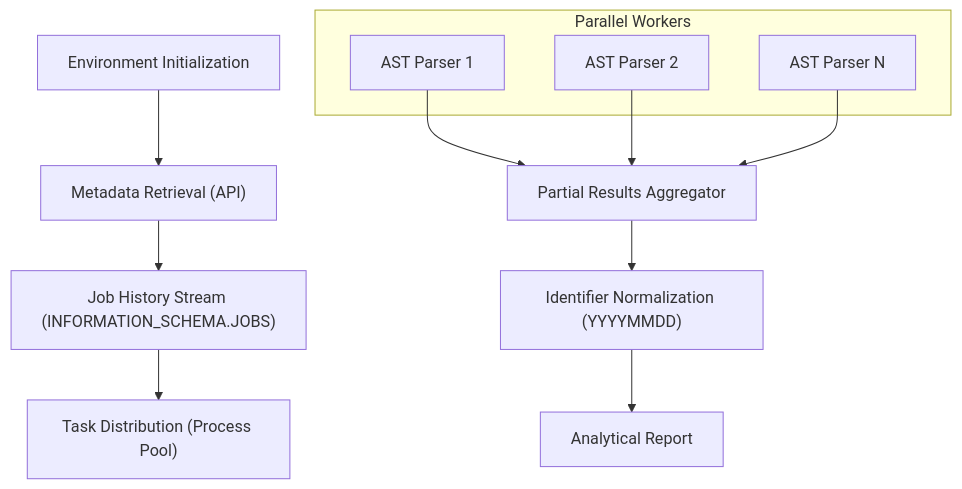
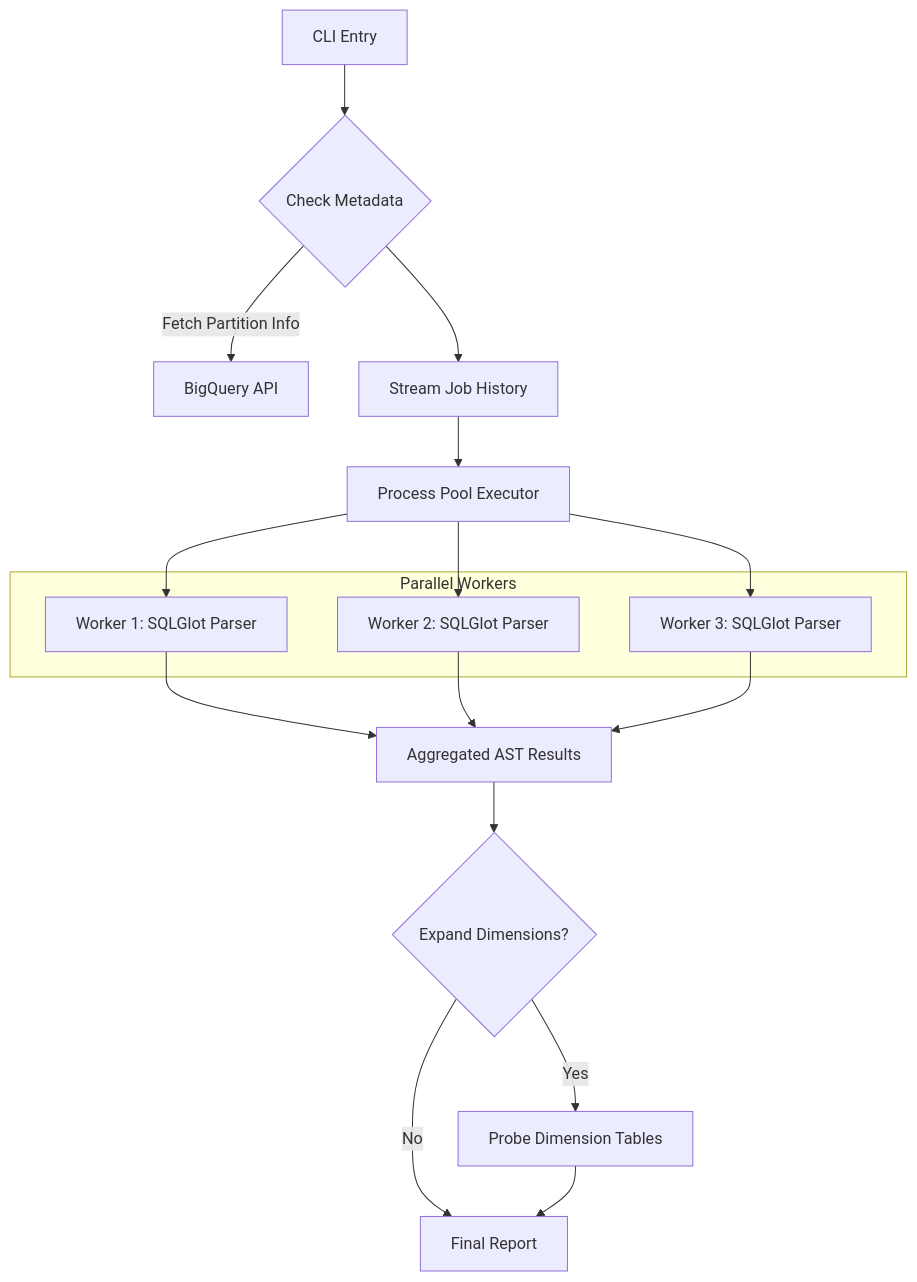
The diagram in README.md (PraveenAkunuru/bigquery_partition_access_auditor), drawn with Mermaid before and after one commit. The commit also changed other lines of this file and 12 other files, not shown here.

````diff
--- a/README.md
+++ b/README.md
@@ -20,19 +25,22 @@
 ```mermaid
 graph TD
-    A["Environment Initialization"] --> B["Metadata Retrieval (API)"]
-    B --> C["Job History Stream (INFORMATION_SCHEMA.JOBS)"]
-    C --> D["Task Distribution (Process Pool)"]
+    A[CLI Entry] --> B{Check Metadata}
+    B -->|Fetch Partition Info| C[BigQuery API]
+    B --> D[Stream Job History]
+    
+    D --> E[Process Pool Executor]
     
     subgraph Parallel Workers
-        D1["AST Parser 1"]
-        D2["AST Parser 2"]
-        Dn["AST Parser N"]
+        E1[Worker 1: SQLGlot Parser]
+        E2[Worker 2: SQLGlot Parser]
+        E3[Worker 3: SQLGlot Parser]
     end
     
-    D1 --> E["Partial Results Aggregator"]
-    D2 --> E
-    Dn --> E
+    E --> E1 & E2 & E3
+    E1 & E2 & E3 --> F[Aggregated AST Results]
     
-    E --> F["Identifier Normalization (YYYYMMDD)"]
-    F --> G["Analytical Report"]
+    F --> G{Expand Dimensions?}
+    G -->|Yes| H[Probe Dimension Tables]
+    G -->|No| I[Final Report]
+    H --> I
 ```
````
